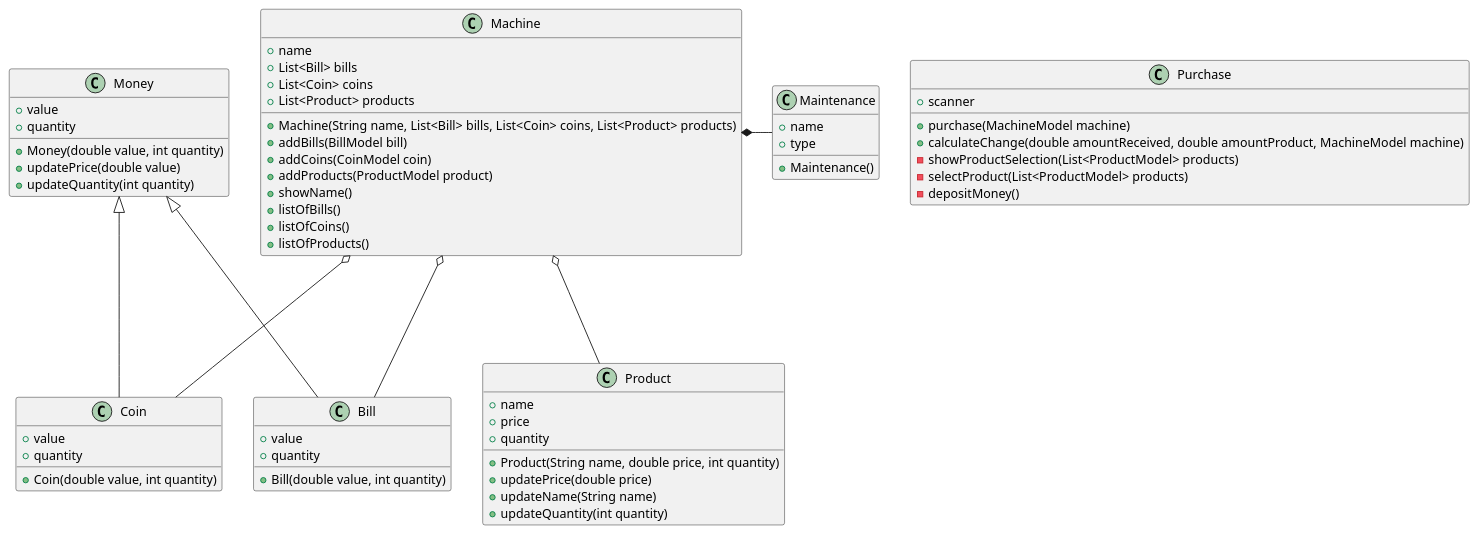
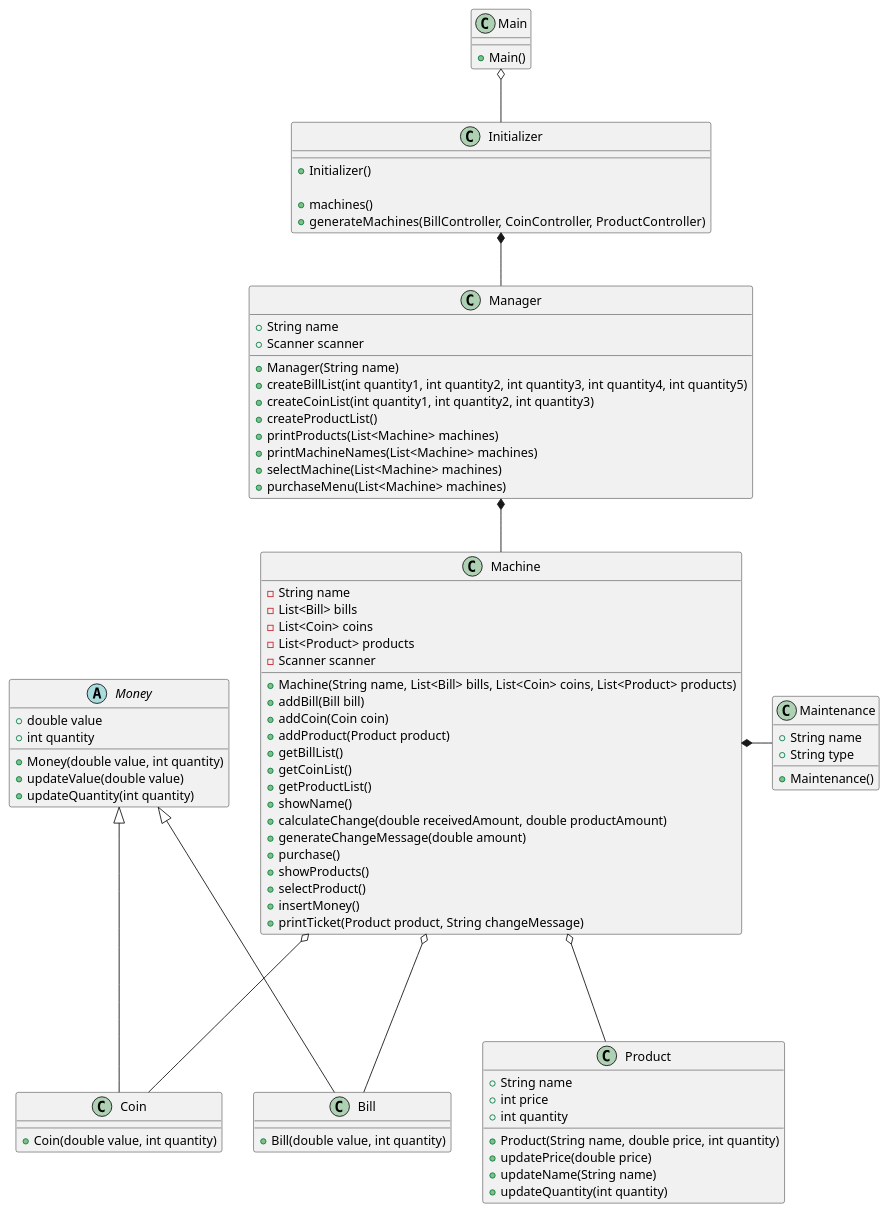
One commit to mmasias/IdSw2-22-23 changed the diagram in Grupo2/class-diagram/class.plantuml. Above: the diagram before and after it, drawn with PlantUML. The commit also changed 45 other files, not shown here.

```diff
--- a/Grupo2/class-diagram/class.plantuml
+++ b/Grupo2/class-diagram/class.plantuml
@@ -1,78 +1,97 @@
-@startuml domain-model
-
+@startuml class
 class Machine {
-    + name
-    + List<Bill> bills
-    + List<Coin> coins
-    + List<Product> products
+    - String name
+    - List<Bill> bills
+    - List<Coin> coins
+    - List<Product> products
+    - Scanner scanner
 
     + Machine(String name, List<Bill> bills, List<Coin> coins, List<Product> products)
-    + addBills(BillModel bill)
-    + addCoins(CoinModel coin)
-    + addProducts(ProductModel product)
+    + addBill(Bill bill)
+    + addCoin(Coin coin)
+    + addProduct(Product product)
+    + getBillList()
+    + getCoinList()
+    + getProductList()
     + showName()
-    + listOfBills()
-    + listOfCoins()
-    + listOfProducts()
+    + calculateChange(double receivedAmount, double productAmount)
+    + generateChangeMessage(double amount)
+    + purchase()
+    + showProducts()
+    + selectProduct()
+    + insertMoney()
+    + printTicket(Product product, String changeMessage)
 }
 
 class Bill {
-    + value
-    + quantity
-
     + Bill(double value, int quantity)
 }
 
 class Coin {
-    + value
-    + quantity
-
     + Coin(double value, int quantity)
 }
 
 class Product {
-    + name
-    + price
-    + quantity
+    + String name
+    + int price
+    + int quantity
 
     + Product(String name, double price, int quantity)
     + updatePrice(double price)
     + updateName(String name)
     + updateQuantity(int quantity)
 }
 
-class Money {
-    + value
-    + quantity
+abstract class Money {
+    + double value
+    + int quantity
 
     + Money(double value, int quantity)
-    + updatePrice(double value)
+    + updateValue(double value)
     + updateQuantity(int quantity)
 }
 
 class Maintenance {
-    + name
-    + type
+    + String name
+    + String type
 
     + Maintenance()
 }
 
-class Purchase {
-    + scanner
+class Initializer {
+    + Initializer()
 
-    + purchase(MachineModel machine)
-    + calculateChange(double amountReceived, double amountProduct, MachineModel machine)
-    - showProductSelection(List<ProductModel> products)
-    - selectProduct(List<ProductModel> products)
-    - depositMoney()
+    + machines()
+    + generateMachines(BillController, CoinController, ProductController)
+
 }
 
+class Manager {
+    + String name
+    + Scanner scanner
+
+    + Manager(String name)
+    + createBillList(int quantity1, int quantity2, int quantity3, int quantity4, int quantity5)
+    + createCoinList(int quantity1, int quantity2, int quantity3)
+    + createProductList()
+    + printProducts(List<Machine> machines)
+    + printMachineNames(List<Machine> machines)
+    + selectMachine(List<Machine> machines)
+    + purchaseMenu(List<Machine> machines)
+}
+
+class Main {
+    + Main()
+}
+
+Initializer -u-o Main
+Manager -u-* Initializer
+Machine -u-* Manager
 Machine *--r Maintenance
 Machine o--- Product
 Machine o--- Bill
 Machine o--- Coin
 
 Money <|--- Bill
 Money <|--- Coin
-
 @enduml
```
